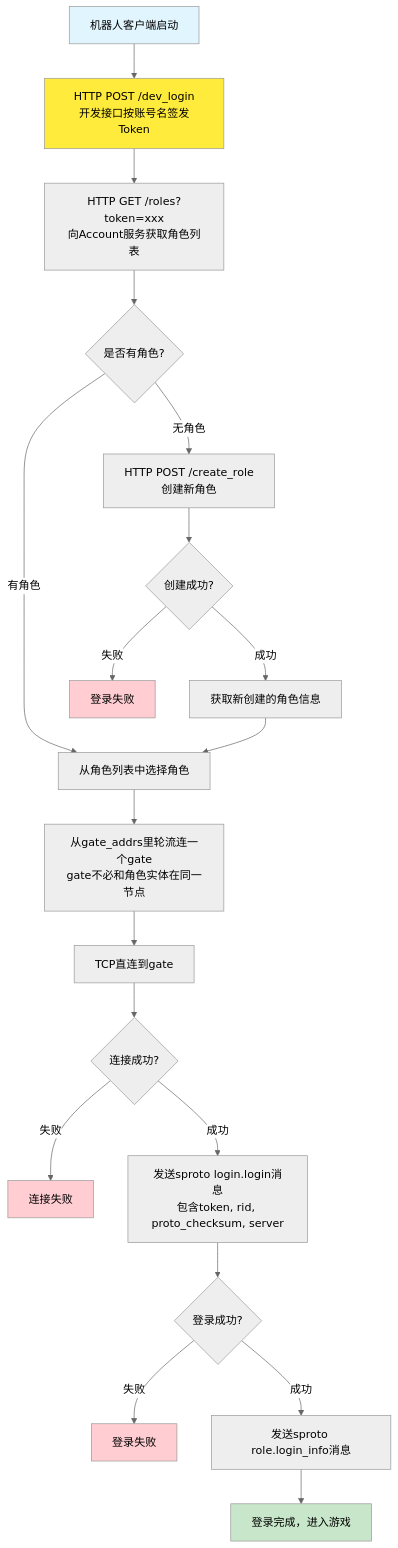
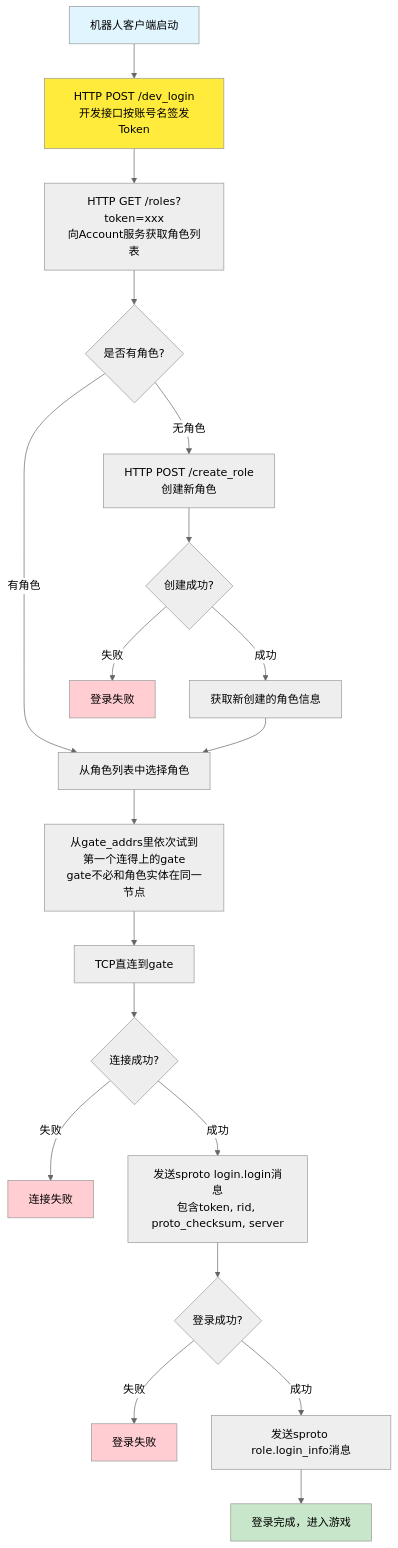
The second of 6 diagrams in docs/guide/login_diagram.md (hanxi/skyext), drawn with Mermaid (neutral theme) before and after one commit. The commit also changed 16 other files, not shown here.

````diff
--- a/docs/guide/login_diagram.md
+++ b/docs/guide/login_diagram.md
@@ -64,35 +64,35 @@
 ```mermaid
 flowchart TD
     A1[机器人客户端启动] --> B1[HTTP POST /dev_login<br/>开发接口按账号名签发Token]
     B1 --> C1[HTTP GET /roles?token=xxx<br/>向Account服务获取角色列表]
 
     C1 --> D1{是否有角色?}
 
     D1 -->|有角色| E1[从角色列表中选择角色]
     D1 -->|无角色| F1[HTTP POST /create_role<br/>创建新角色]
 
     F1 --> G1{创建成功?}
     G1 -->|成功| H1[获取新创建的角色信息]
     G1 -->|失败| I1[登录失败]
 
     H1 --> E1
-    E1 --> J1[从gate_addrs里轮流连一个gate<br/>gate不必和角色实体在同一节点]
+    E1 --> J1[从gate_addrs里依次试到第一个连得上的gate<br/>gate不必和角色实体在同一节点]
     J1 --> L1[TCP直连到gate]
 
     L1 --> M1{连接成功?}
     M1 -->|失败| N1[连接失败]
     M1 -->|成功| O1[发送sproto login.login消息<br/>包含token, rid, proto_checksum, server]
 
     O1 --> P1{登录成功?}
     P1 -->|失败| Q1[登录失败]
     P1 -->|成功| R1[发送sproto role.login_info消息]
 
     R1 --> S1[登录完成，进入游戏]
 
     style A1 fill:#e1f5fe
     style S1 fill:#c8e6c9
     style I1 fill:#ffcdd2
     style N1 fill:#ffcdd2
     style Q1 fill:#ffcdd2
     style B1 fill:#ffeb3b
 ```
````
